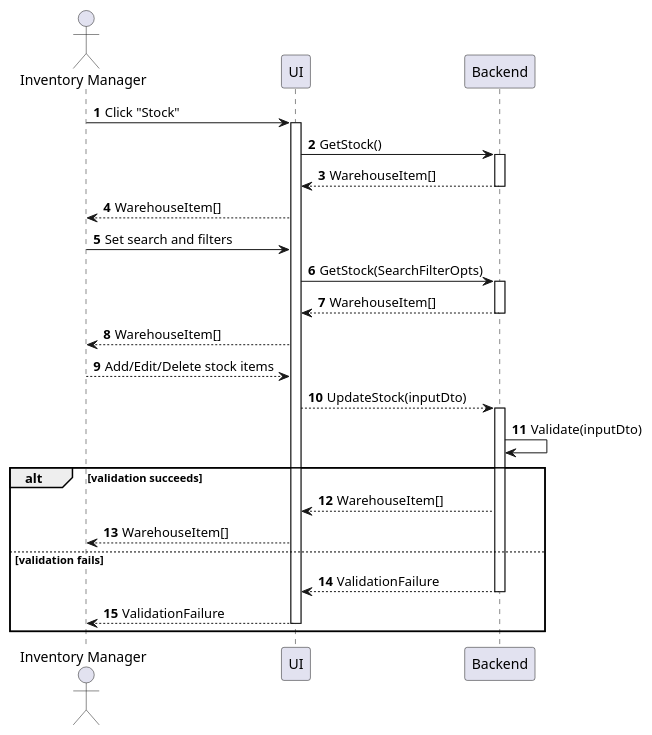
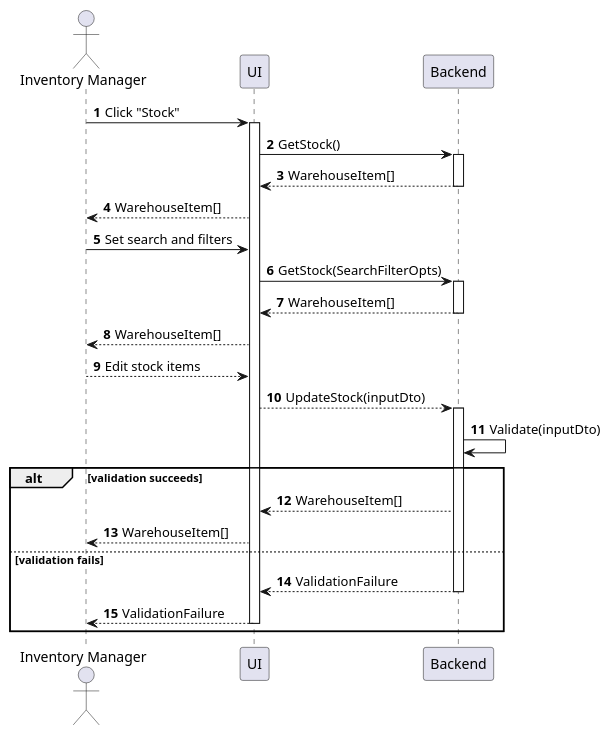
One commit to phihungha/SE357-Practice-class changed the diagram in Lab1/Lab1.2/sequences/inventory-stock-manage.plantuml. Above: the diagram before and after it, drawn with PlantUML. The commit also changed 17 other files, not shown here.

Commit message:
Finalize sequence diagram

```diff
--- a/Lab1/Lab1.2/sequences/inventory-stock-manage.plantuml
+++ b/Lab1/Lab1.2/sequences/inventory-stock-manage.plantuml
@@ -1,30 +1,30 @@
 @startuml inventory-stock-manage
 autonumber
 
 actor "Inventory Manager" as a
 participant UI as f
 participant Backend as b
 
 a -> f : Click "Stock"
 activate f
 f -> b : GetStock()
 activate b
 return WarehouseItem[]
 f --> a : WarehouseItem[]
 a -> f : Set search and filters
 f -> b : GetStock(SearchFilterOpts)
 activate b
 return WarehouseItem[]
 f --> a : WarehouseItem[]
-a --> f : Add/Edit/Delete stock items
+a --> f : Edit stock items
 f --> b : UpdateStock(inputDto)
 activate b
 b -> b : Validate(inputDto)
 alt validation succeeds
     b --> f : WarehouseItem[]
     f --> a : WarehouseItem[]
 else validation fails
     return ValidationFailure
     return ValidationFailure
 end
 @enduml
```
